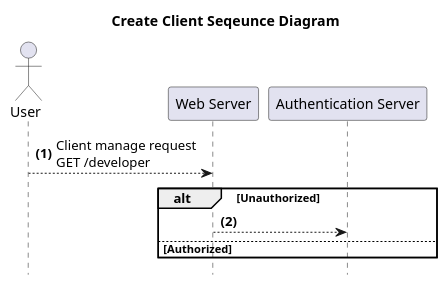
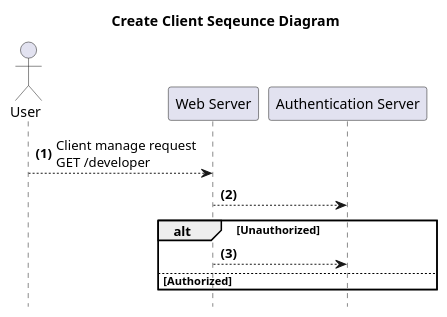
Before and after one commit to Kritsanawipankhet/CE64-41: the diagram in documents/diagrams/src/authentication-server/createClient.wsd, drawn with PlantUML. The commit also changed 4 other files, not shown here.

Commit message:
update sequence diagram

```diff
--- a/documents/diagrams/src/authentication-server/createClient.wsd
+++ b/documents/diagrams/src/authentication-server/createClient.wsd
@@ -1,11 +1,12 @@
 @startuml createClient
 title **Create Client** Seqeunce Diagram
 hide footbox
 actor User
 autonumber "<b>(0)"
 "User" --> "Web Server": Client manage request\nGET /developer
+"Web Server" --> "Authentication Server": 
 alt Unauthorized 
     "Web Server" --> "Authentication Server":
 else Authorized
 end
 @enduml
```
